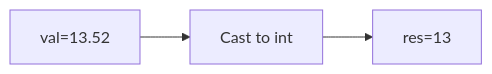
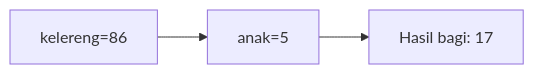
Before and after one commit to amnahwaida/OSNK_INF_PREP: diagram 15 of 25 in part-c-pemahaman-cpp/01-tipe-data/latihan/set-01.md, drawn with Mermaid. The commit also changed other lines of this file and 71 other files, not shown here.

````diff
--- a/part-c-pemahaman-cpp/01-tipe-data/latihan/set-01.md
+++ b/part-c-pemahaman-cpp/01-tipe-data/latihan/set-01.md
@@ -402,5 +422,5 @@
 ```mermaid
 graph LR
-A["val=13.52"] --> B["Cast to int"]
-B --> C["res=13"]
+A["kelereng=86"] --> B["anak=5"]
+B --> C["Hasil bagi: 17"]
 ```
````
